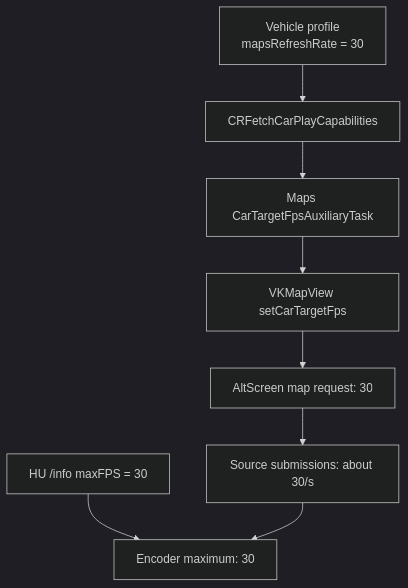
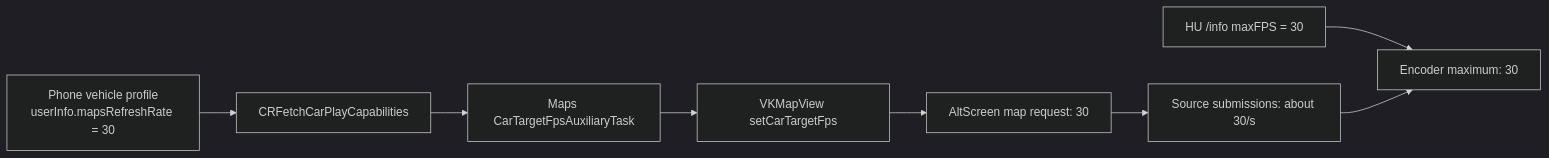
The third of 3 diagrams in docs/altscreen-and-video/WIRED_30FPS_INVESTIGATION.md (luka-dev/mib2q-carplay-rgi), drawn with Mermaid (dark theme) before and after one commit. The commit also changed other lines of this file and 820 other files, not shown here.

````diff
--- a/docs/altscreen-and-video/WIRED_30FPS_INVESTIGATION.md
+++ b/docs/altscreen-and-video/WIRED_30FPS_INVESTIGATION.md
@@ -864,13 +838,13 @@
 ```mermaid
-flowchart TB
+flowchart LR
     accTitle: Maps Target Rate Configuration
     accDescr: The measured map target comes from the phone vehicle profile. The receiver maximum frame rate remains a separate encoder limit.
 
-    profile["Vehicle profile<br/>mapsRefreshRate = 30"] --> fetch["CRFetchCarPlayCapabilities"]
+    profile["Phone vehicle profile<br/>userInfo.mapsRefreshRate = 30"] --> fetch["CRFetchCarPlayCapabilities"]
     fetch --> task["Maps CarTargetFpsAuxiliaryTask"]
     task --> setter["VKMapView setCarTargetFps"]
     setter --> camera["AltScreen map request: 30"]
     camera --> surfaces["Source submissions: about 30/s"]
     advert["HU /info maxFPS = 30"] --> encoder["Encoder maximum: 30"]
     surfaces --> encoder
 ```
````
